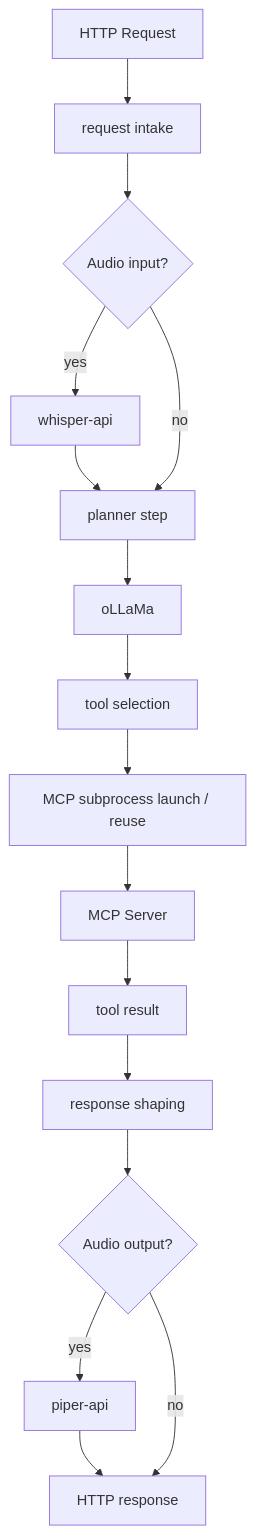
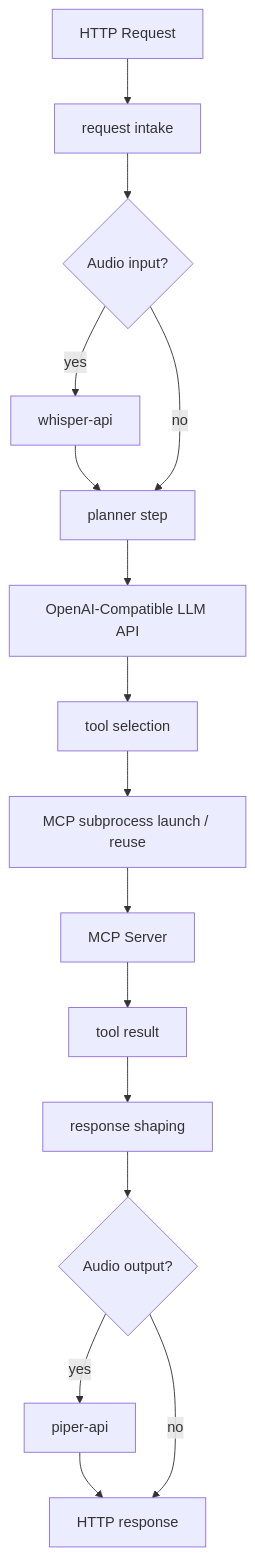
One commit to psyeo2/Clankassist changed the third of 4 diagrams in docs/ARCHITECTURE.md. Above: the diagram before and after it, drawn with Mermaid. The commit also changed other lines of this file and 2 other files, not shown here.

````diff
--- a/docs/ARCHITECTURE.md
+++ b/docs/ARCHITECTURE.md
@@ -173,20 +181,20 @@
 ```mermaid
 flowchart TD
 
 request[HTTP Request] --> intake[request intake]
 intake --> speech{Audio input?}
 speech -->|yes| whisper[whisper-api]
 whisper --> planner[planner step]
 speech -->|no| planner
 
-planner --> ollama[oLLaMa]
-ollama --> selection[tool selection]
+planner --> llm[OpenAI-Compatible LLM API]
+llm --> selection[tool selection]
 selection --> mcpProc[MCP subprocess launch / reuse]
 mcpProc --> mcp[MCP Server]
 mcp --> result[tool result]
 result --> response[response shaping]
 response --> tts{Audio output?}
 tts -->|yes| piper[piper-api]
 piper --> final[HTTP response]
 tts -->|no| final
 ```
````
